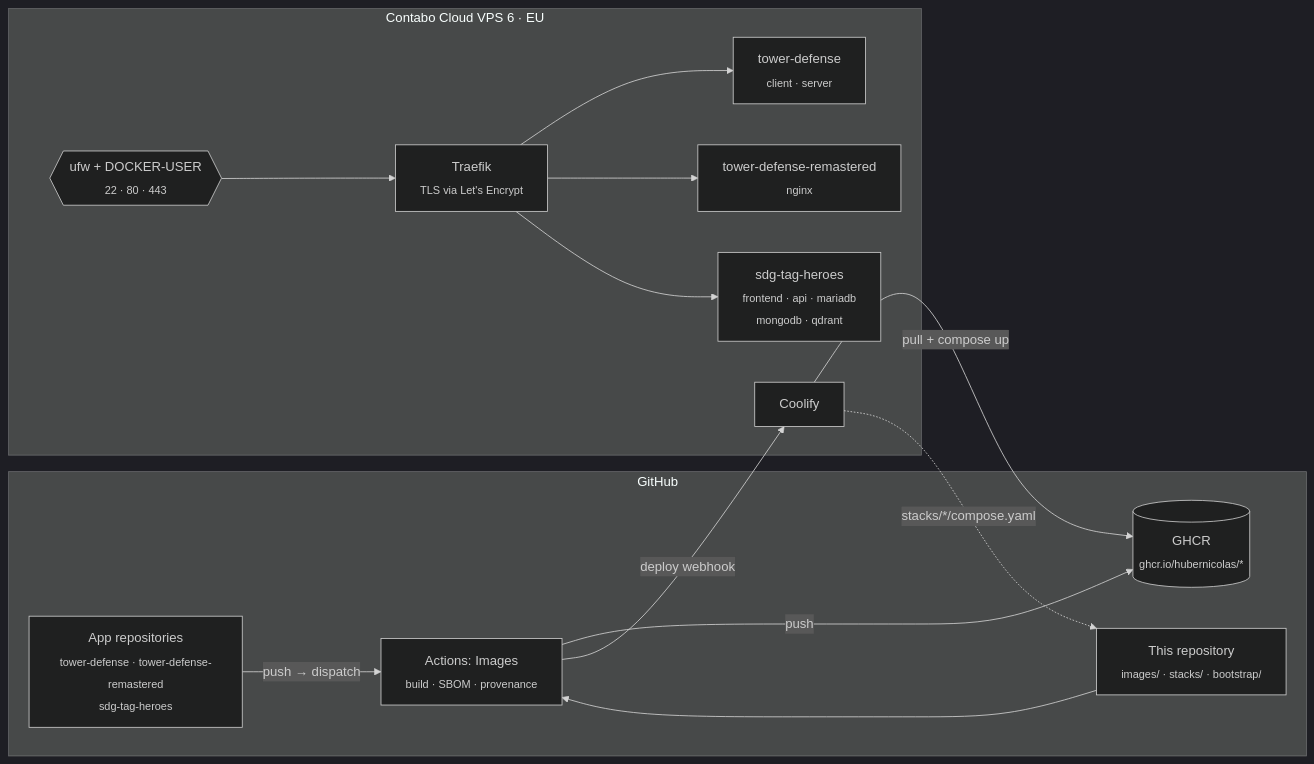
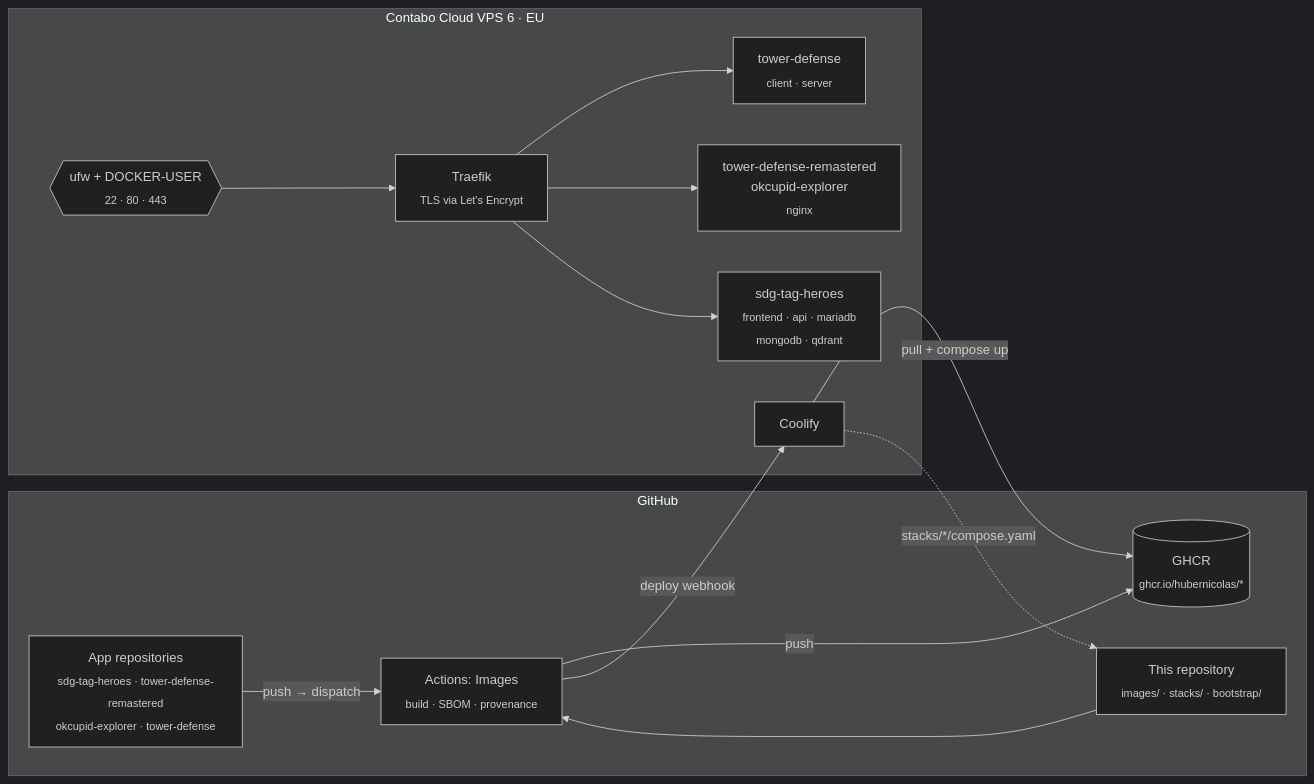
One commit to HuberNicolas/infrastructure changed the diagram in README.md. Above: the diagram before and after it, drawn with Mermaid (dark theme). The commit also changed other lines of this file and 6 other files, not shown here.

````diff
--- a/README.md
+++ b/README.md
@@ -29,26 +30,26 @@
 ```mermaid
 flowchart LR
     subgraph github[GitHub]
-        src["App repositories<br/><sub>tower-defense · tower-defense-remastered<br/>sdg-tag-heroes</sub>"]
+        src["App repositories<br/><sub>sdg-tag-heroes · tower-defense-remastered<br/>okcupid-explorer · tower-defense</sub>"]
         infra["This repository<br/><sub>images/ · stacks/ · bootstrap/</sub>"]
         actions["Actions: Images<br/><sub>build · SBOM · provenance</sub>"]
         ghcr[("GHCR<br/><sub>ghcr.io/hubernicolas/*</sub>")]
     end
 
     subgraph server["Contabo Cloud VPS 6 · EU"]
         fw{{"ufw + DOCKER-USER<br/><sub>22 · 80 · 443</sub>"}}
         traefik["Traefik<br/><sub>TLS via Let's Encrypt</sub>"]
         coolify["Coolify"]
         td["tower-defense<br/><sub>client · server</sub>"]
-        tdr["tower-defense-remastered<br/><sub>nginx</sub>"]
+        tdr["tower-defense-remastered<br/>okcupid-explorer<br/><sub>nginx</sub>"]
         sdg["sdg-tag-heroes<br/><sub>frontend · api · mariadb<br/>mongodb · qdrant</sub>"]
     end
 
     src -- "push → dispatch" --> actions
     infra --> actions
     actions -- push --> ghcr
     actions -- "deploy webhook" --> coolify
     coolify -- "pull + compose up" --> ghcr
     coolify -. "stacks/*/compose.yaml" .-> infra
     fw --> traefik --> td & tdr & sdg
 ```
````
